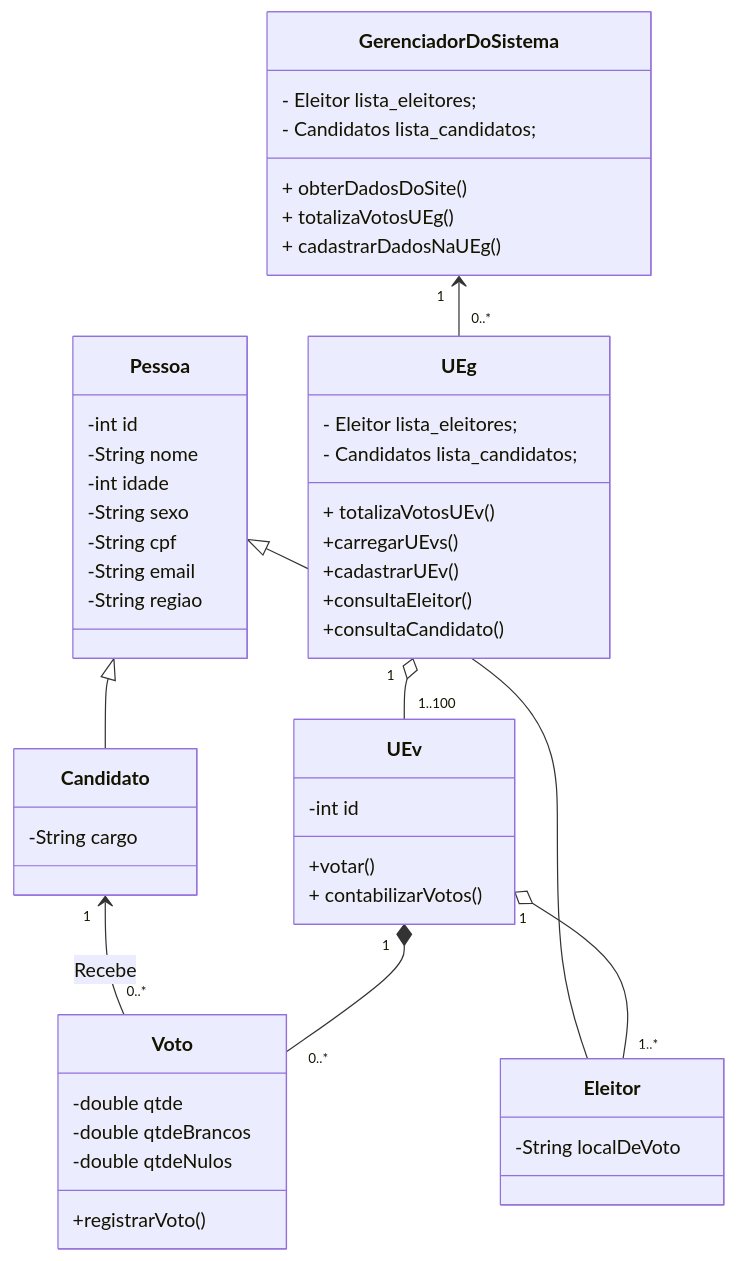
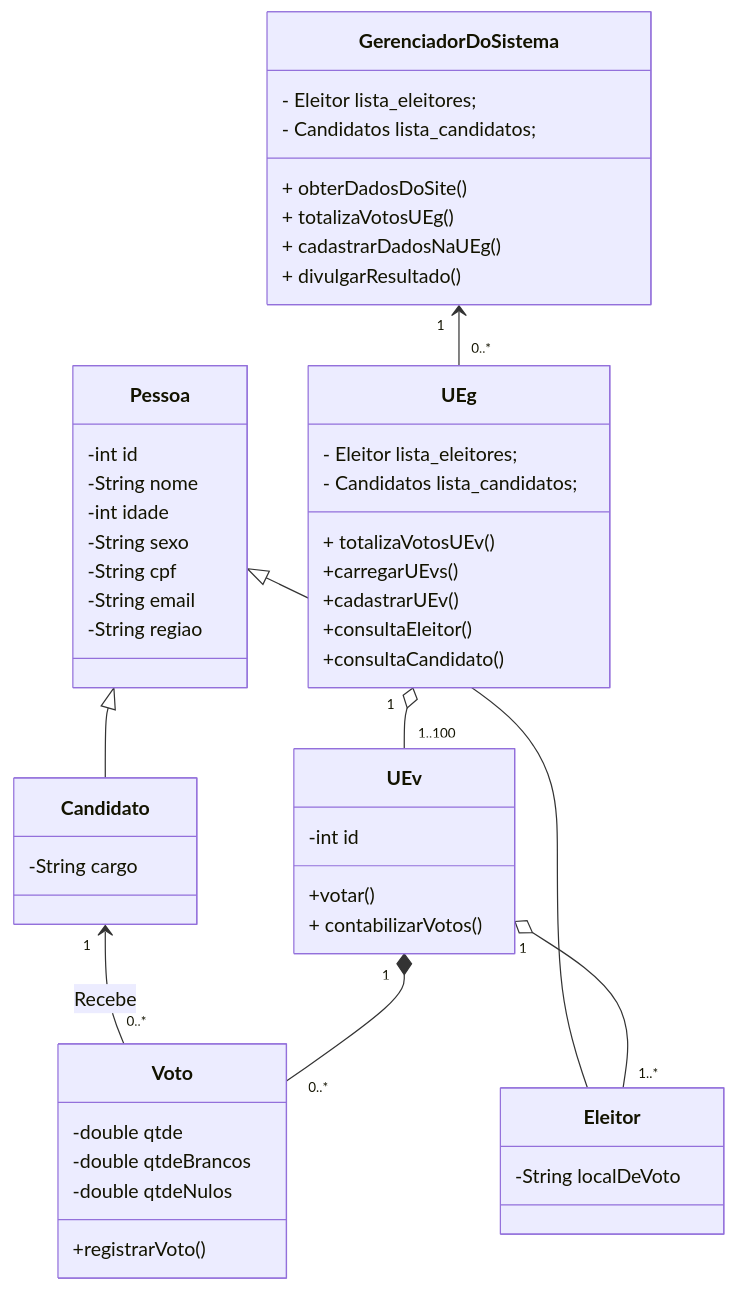
Before and after one commit to HenriqueFinatti/Modelagem-De-Software-Orientado-a-Objetos: the diagram in Lab2-Diagrama_De_Classes/Diagrama_De_Classes2.md, drawn with Mermaid.

````diff
--- a/Lab2-Diagrama_De_Classes/Diagrama_De_Classes2.md
+++ b/Lab2-Diagrama_De_Classes/Diagrama_De_Classes2.md
@@ -3,58 +3,59 @@
 ```mermaid
 classDiagram
 Pessoa <|-- Eleitor
 Pessoa <|-- Candidato
 Pessoa: -int id
 Pessoa: -String nome
 Pessoa: -int idade
 Pessoa: -String sexo
 Pessoa: -String cpf
 Pessoa: -String email
 Pessoa: -String regiao
 
 Eleitor: -String localDeVoto
 
 class Candidato{
   -String cargo
 }
 
 class UEg{
     - Eleitor lista_eleitores;
     - Candidatos lista_candidatos;
     + totalizaVotosUEv()
     +carregarUEvs()
     +cadastrarUEv()
     +consultaEleitor()
     +consultaCandidato()
 }
 
 class UEv{
   -int id
   +votar()
   + contabilizarVotos()
 }
 
 class GerenciadorDoSistema{
     - Eleitor lista_eleitores;
     - Candidatos lista_candidatos;
     + obterDadosDoSite()
     + totalizaVotosUEg()
     + cadastrarDadosNaUEg()
+    + divulgarResultado()
 }
 
 class Voto{
   -double qtde
   -double qtdeBrancos
   -double qtdeNulos
   +registrarVoto()
 }
 
 GerenciadorDoSistema "1" <-- "0..*" UEg
 Candidato "1" <-- "0..*" Voto : Recebe
 UEg "1" o-- "1..100" UEv
 UEv "1" *-- "0..*" Voto
 UEv "1" o-- "1..*" Eleitor
 
 
 
 ```
````
